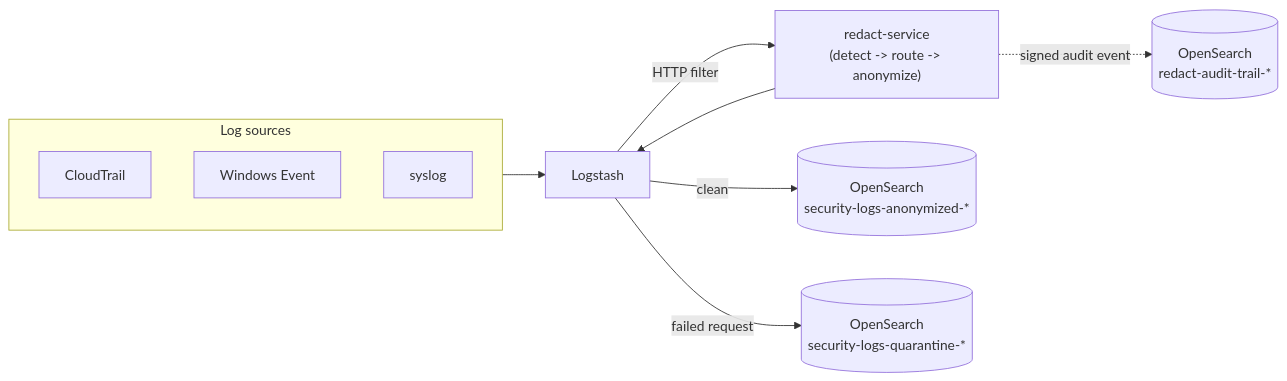
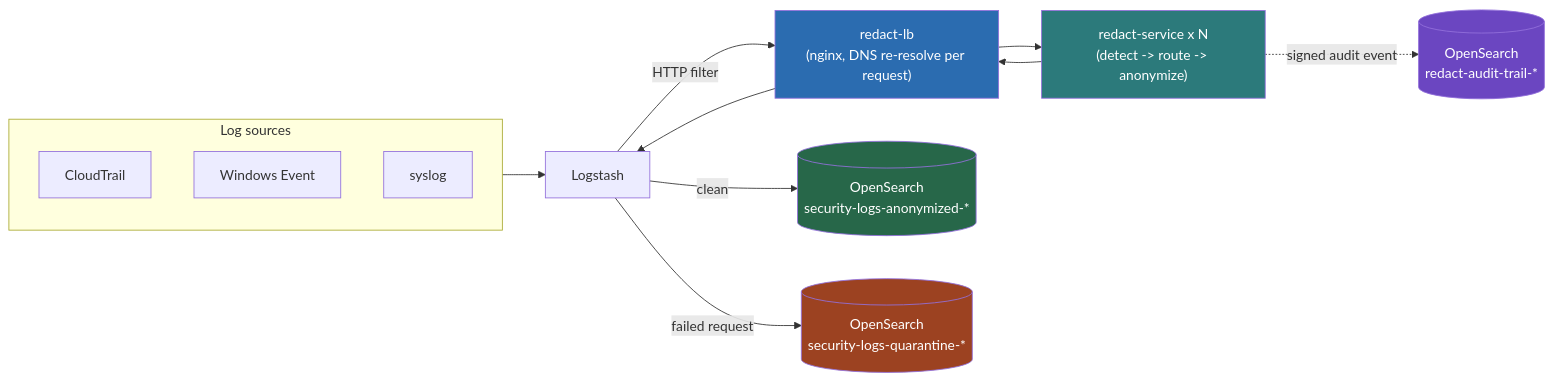
Before and after one commit to Zartharas/REDACT: the first of 4 diagrams in README.md, drawn with Mermaid. The commit also changed other lines of this file and 2 other files, not shown here.

First line of the commit message:
Repo cleanup pass: fix stale/contradictory claims, add architecture diagrams

````diff
--- a/README.md
+++ b/README.md
@@ -11,14 +11,22 @@
 ```mermaid
 flowchart LR
     subgraph Sources["Log sources"]
         CT[CloudTrail]
         WE[Windows Event]
         SL[syslog]
     end
     Sources --> LS[Logstash]
-    LS -->|HTTP filter| RS["redact-service\n(detect -> route -> anonymize)"]
-    RS --> LS
+    LS -->|HTTP filter| LB["redact-lb\n(nginx, DNS re-resolve per request)"]
+    LB --> RS["redact-service x N\n(detect -> route -> anonymize)"]
+    RS --> LB
+    LB --> LS
     LS -->|clean| OS[("OpenSearch\nsecurity-logs-anonymized-*")]
     LS -->|failed request| QT[("OpenSearch\nsecurity-logs-quarantine-*")]
     RS -.signed audit event.-> AU[("OpenSearch\nredact-audit-trail-*")]
+
+    style LB fill:#2b6cb0,color:#fff
+    style RS fill:#2c7a7b,color:#fff
+    style OS fill:#276749,color:#fff
+    style QT fill:#9c4221,color:#fff
+    style AU fill:#6b46c1,color:#fff
 ```
````
